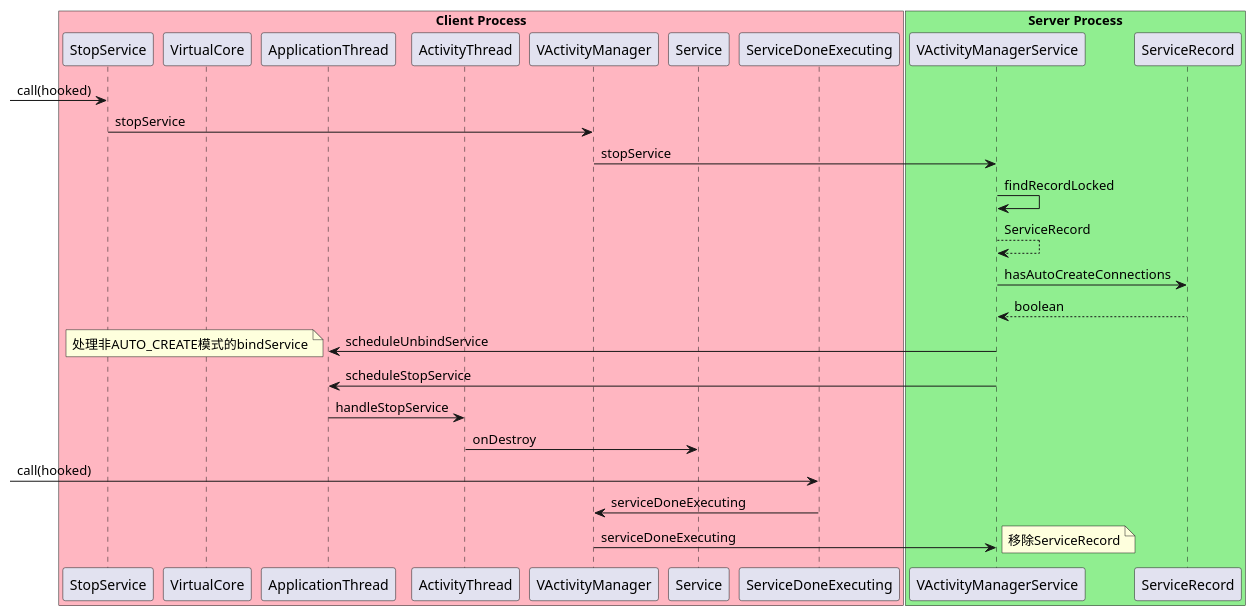
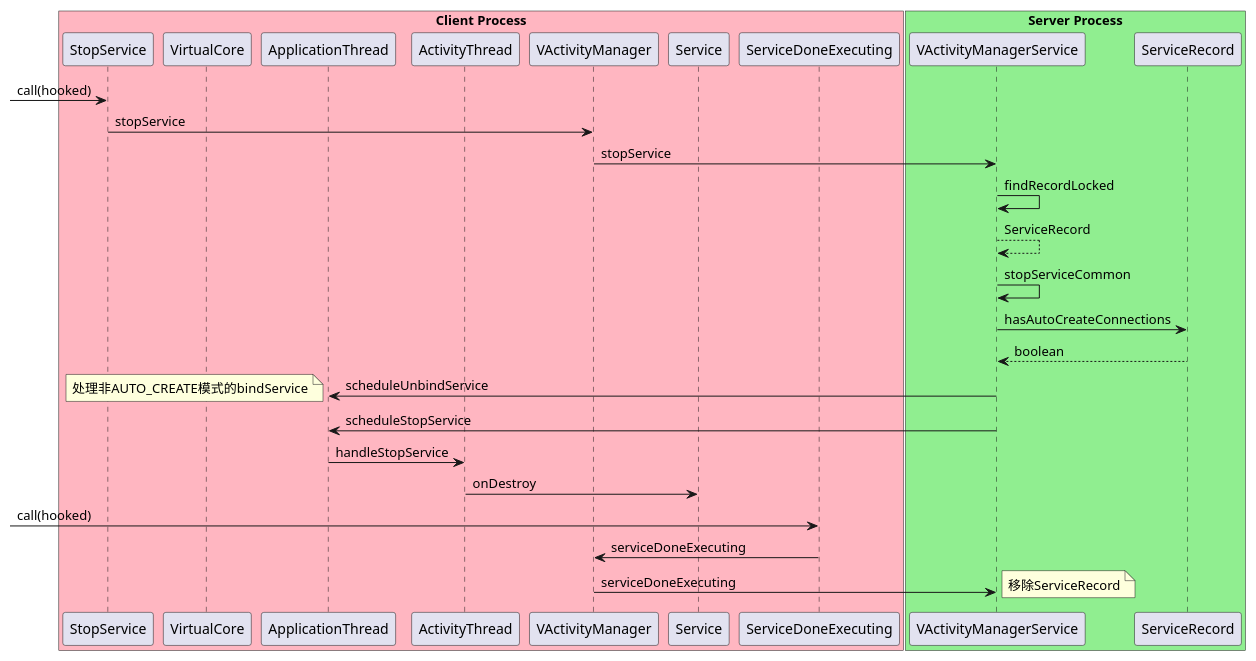
The diagram in VirtualApp/stopService.puml (skyoung09/VirtualApp), drawn with PlantUML before and after one commit. The commit also changed 2 other files, not shown here.

Commit message:
Add stopServiceCommon

```diff
--- a/VirtualApp/stopService.puml
+++ b/VirtualApp/stopService.puml
@@ -1,37 +1,38 @@
 @startuml
 box "Client Process" #LightPink
 participant StopService
 participant VirtualCore
 participant ApplicationThread
 participant ActivityThread
 participant VActivityManager
 participant Service
 participant ServiceDoneExecuting
 end box
 
 box "Server Process" #LightGreen
 participant VActivityManagerService
 participant ServiceRecord
 end box
 
 -> StopService: call(hooked)
 StopService -> VActivityManager: stopService
 VActivityManager -> VActivityManagerService : stopService
 VActivityManagerService -> VActivityManagerService: findRecordLocked
 VActivityManagerService --> VActivityManagerService: ServiceRecord
+VActivityManagerService -> VActivityManagerService: stopServiceCommon
 VActivityManagerService -> ServiceRecord: hasAutoCreateConnections
 ServiceRecord --> VActivityManagerService: boolean
 VActivityManagerService -> ApplicationThread: scheduleUnbindService
 note left
 处理非AUTO_CREATE模式的bindService
 end note
 VActivityManagerService -> ApplicationThread: scheduleStopService
 ApplicationThread -> ActivityThread: handleStopService
 ActivityThread -> Service: onDestroy
 -> ServiceDoneExecuting: call(hooked)
 ServiceDoneExecuting -> VActivityManager: serviceDoneExecuting
 VActivityManager -> VActivityManagerService: serviceDoneExecuting
 note right
 移除ServiceRecord
 end note
 @enduml
```
